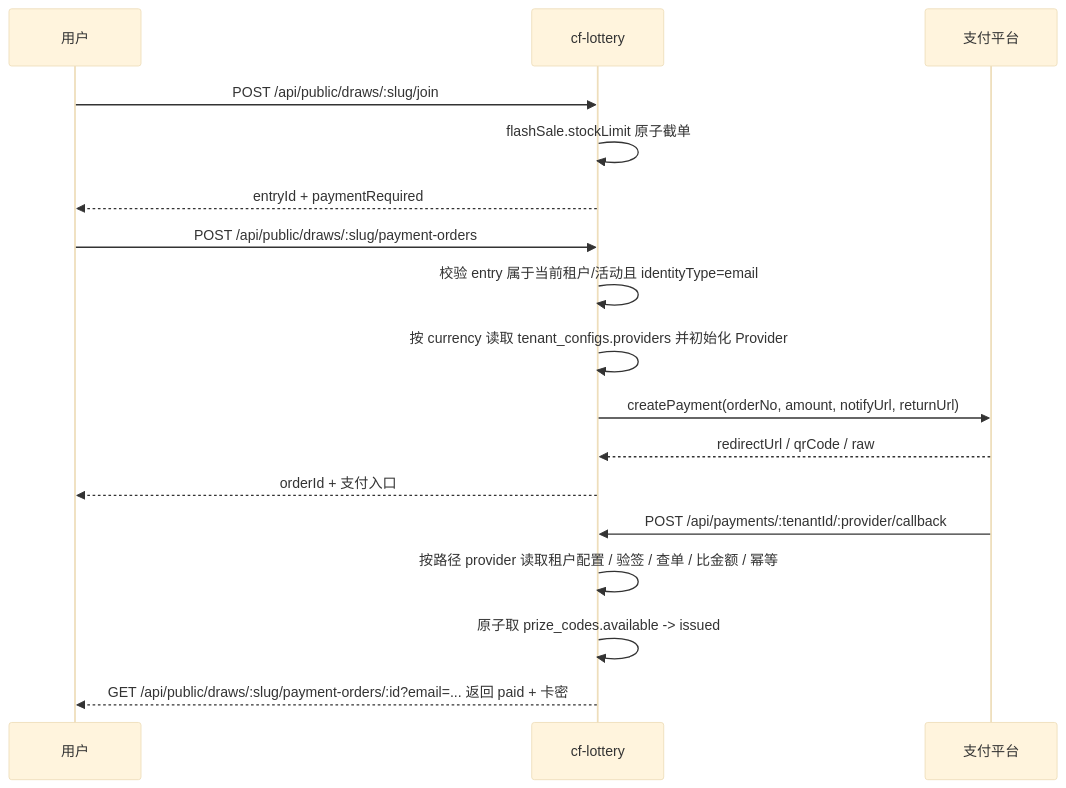
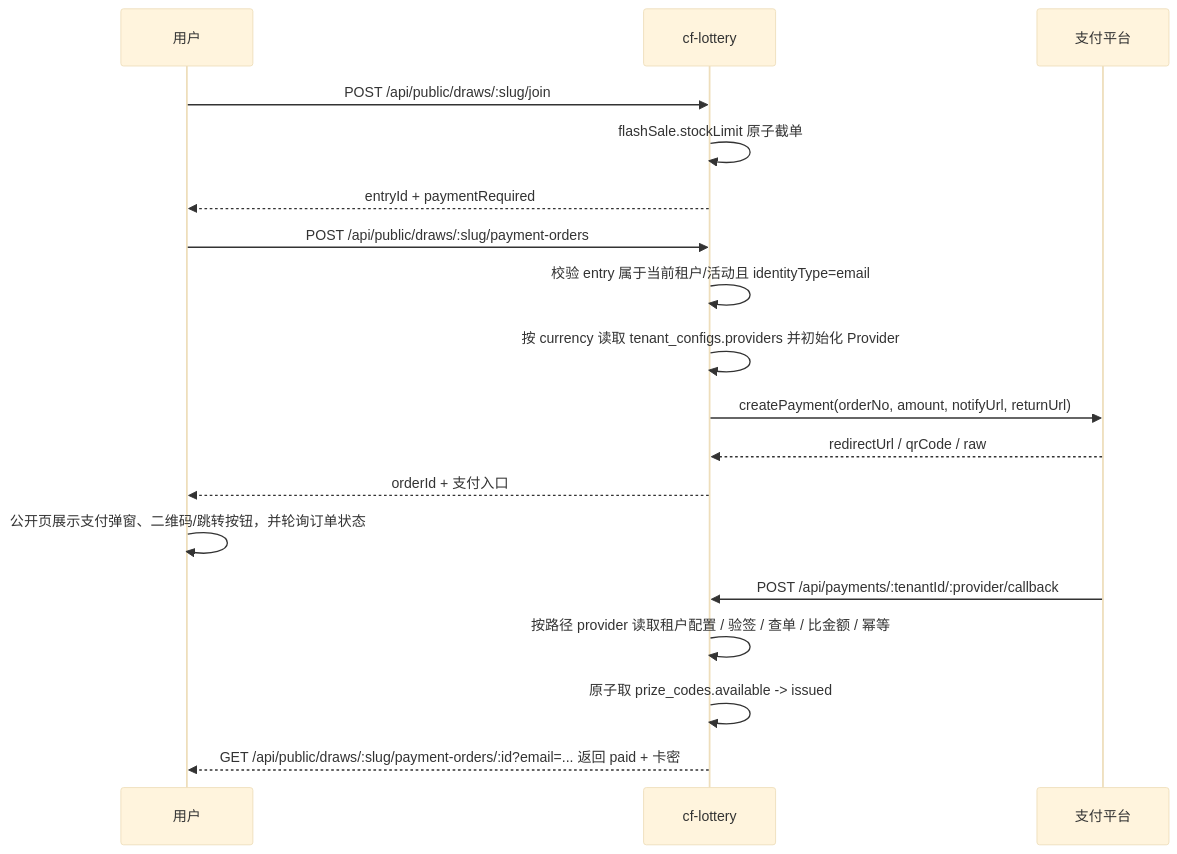
One commit to qwdingyu/cf-lottery changed the diagram in docs/131_秒杀卡密多租户直付方案_2026-08-07.md. Above: the diagram before and after it, drawn with Mermaid (base theme). The commit also changed other lines of this file and 11 other files, not shown here.

````diff
--- a/docs/131_秒杀卡密多租户直付方案_2026-08-07.md
+++ b/docs/131_秒杀卡密多租户直付方案_2026-08-07.md
@@ -158,20 +159,21 @@
 ```mermaid
 sequenceDiagram
   participant U as 用户
   participant L as cf-lottery
   participant P as 支付平台
 
   U->>L: POST /api/public/draws/:slug/join
   L->>L: flashSale.stockLimit 原子截单
   L-->>U: entryId + paymentRequired
   U->>L: POST /api/public/draws/:slug/payment-orders
   L->>L: 校验 entry 属于当前租户/活动且 identityType=email
   L->>L: 按 currency 读取 tenant_configs.providers 并初始化 Provider
   L->>P: createPayment(orderNo, amount, notifyUrl, returnUrl)
   P-->>L: redirectUrl / qrCode / raw
   L-->>U: orderId + 支付入口
+  U->>U: 公开页展示支付弹窗、二维码/跳转按钮，并轮询订单状态
   P->>L: POST /api/payments/:tenantId/:provider/callback
   L->>L: 按路径 provider 读取租户配置 / 验签 / 查单 / 比金额 / 幂等
   L->>L: 原子取 prize_codes.available -> issued
   L-->>U: GET /api/public/draws/:slug/payment-orders/:id?email=... 返回 paid + 卡密
 ```
````
